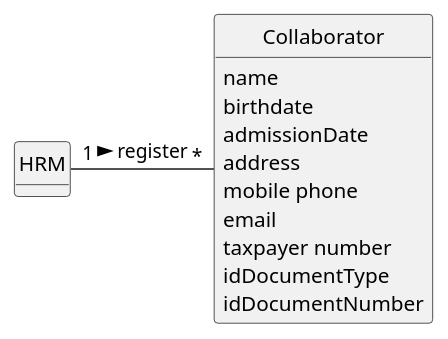
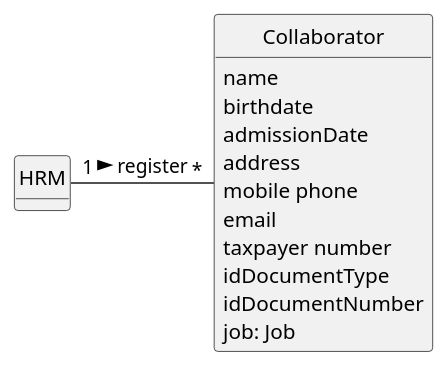
One commit to diogoveirospro/lei-24-s2-1dg-g072 changed the diagram in docs/sprintB/us003/02.analysis/puml/us003-domain-model.puml. Above: the diagram before and after it, drawn with PlantUML. The commit also changed 1 other file, not shown here.

```diff
--- a/docs/sprintB/us003/02.analysis/puml/us003-domain-model.puml
+++ b/docs/sprintB/us003/02.analysis/puml/us003-domain-model.puml
@@ -1,31 +1,31 @@
 @startuml
 skinparam monochrome true
 skinparam packageStyle rectangle
 skinparam shadowing false
 
 'left to right direction
 
 skinparam classAttributeIconSize 0
 
 hide circle
 hide methods
 class Collaborator {
      name
      birthdate
      admissionDate
      address
      mobile phone
      email
      taxpayer number
      idDocumentType
      idDocumentNumber
+     job: Job
 }
 
 class HRM {
 
 }
 
-
 HRM "1" - "*" Collaborator : register >
 
 @enduml
```
